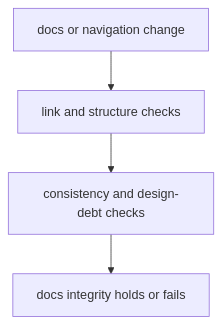
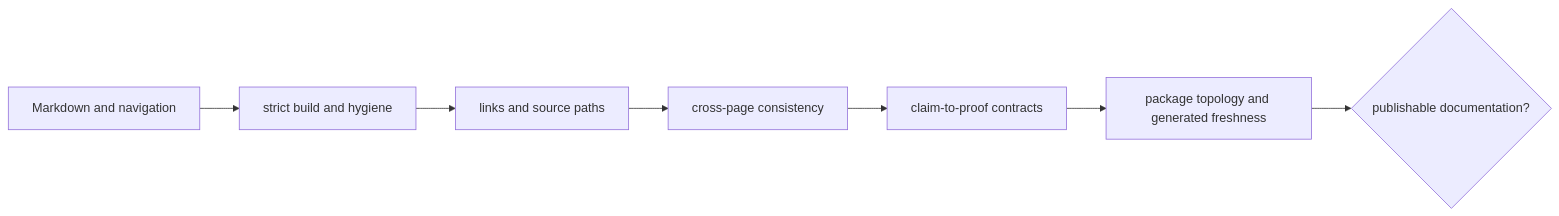
One commit to bijux/bijux-proteomics changed the diagram in docs/08-bijux-proteomics-maintain/bijux-proteomics-dev/documentation-integrity.md. Above: the diagram before and after it, drawn with Mermaid. The commit also changed other lines of this file and 3 other files, not shown here.

````diff
--- a/docs/08-bijux-proteomics-maintain/bijux-proteomics-dev/documentation-integrity.md
+++ b/docs/08-bijux-proteomics-maintain/bijux-proteomics-dev/documentation-integrity.md
@@ -16,11 +18,9 @@
 ```mermaid
-flowchart TB
-    change["docs or navigation change"]
-    links["link and structure checks"]
-    consistency["consistency and design-debt checks"]
-    verdict["docs integrity holds or fails"]
-
-    change --> links
-    links --> consistency
-    consistency --> verdict
+flowchart LR
+    M["Markdown and navigation"] --> B["strict build and hygiene"]
+    B --> L["links and source paths"]
+    L --> C["cross-page consistency"]
+    C --> P["claim-to-proof contracts"]
+    P --> T["package topology and generated freshness"]
+    T --> V{"publishable documentation?"}
 ```
````
